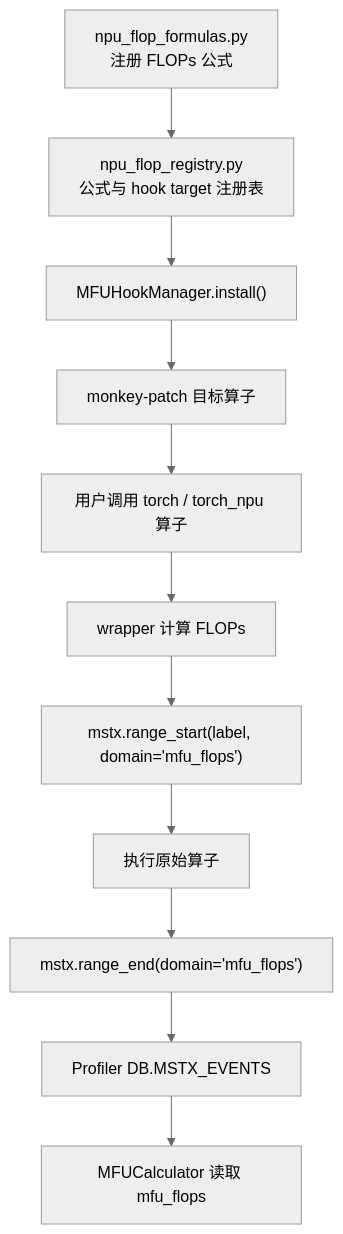
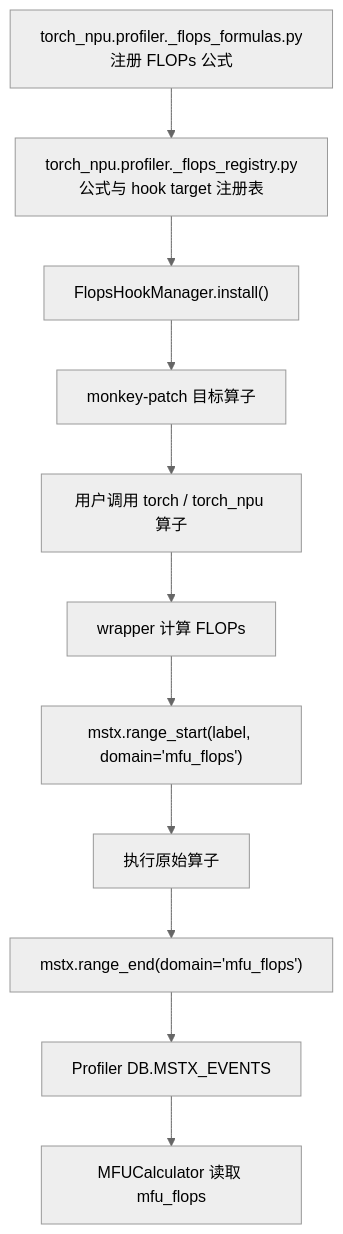
The fifth of 8 diagrams in docs/zh/design/MFU采集与计算重构设计文档.md (Ascend/msprof-analyze), drawn with Mermaid (neutral theme) before and after one commit. The commit also changed other lines of this file and 16 other files, not shown here.

````diff
--- a/docs/zh/design/MFU采集与计算重构设计文档.md
+++ b/docs/zh/design/MFU采集与计算重构设计文档.md
@@ -214,13 +212,13 @@
 ```mermaid
 flowchart TD
-    N1["npu_flop_formulas.py<br/>注册 FLOPs 公式"] --> N2["npu_flop_registry.py<br/>公式与 hook target 注册表"]
-    N2 --> N3["MFUHookManager.install()"]
+    N1["torch_npu.profiler._flops_formulas.py<br/>注册 FLOPs 公式"] --> N2["torch_npu.profiler._flops_registry.py<br/>公式与 hook target 注册表"]
+    N2 --> N3["FlopsHookManager.install()"]
     N3 --> N4["monkey-patch 目标算子"]
     N4 --> N5["用户调用 torch / torch_npu 算子"]
     N5 --> N6["wrapper 计算 FLOPs"]
     N6 --> N7["mstx.range_start(label, domain='mfu_flops')"]
     N7 --> N8["执行原始算子"]
     N8 --> N9["mstx.range_end(domain='mfu_flops')"]
     N9 --> N10["Profiler DB.MSTX_EVENTS"]
     N10 --> N11["MFUCalculator 读取 mfu_flops"]
 ```
````
